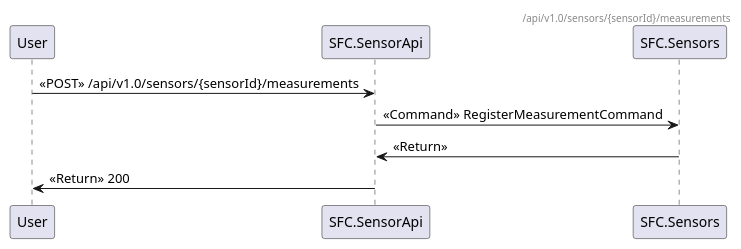
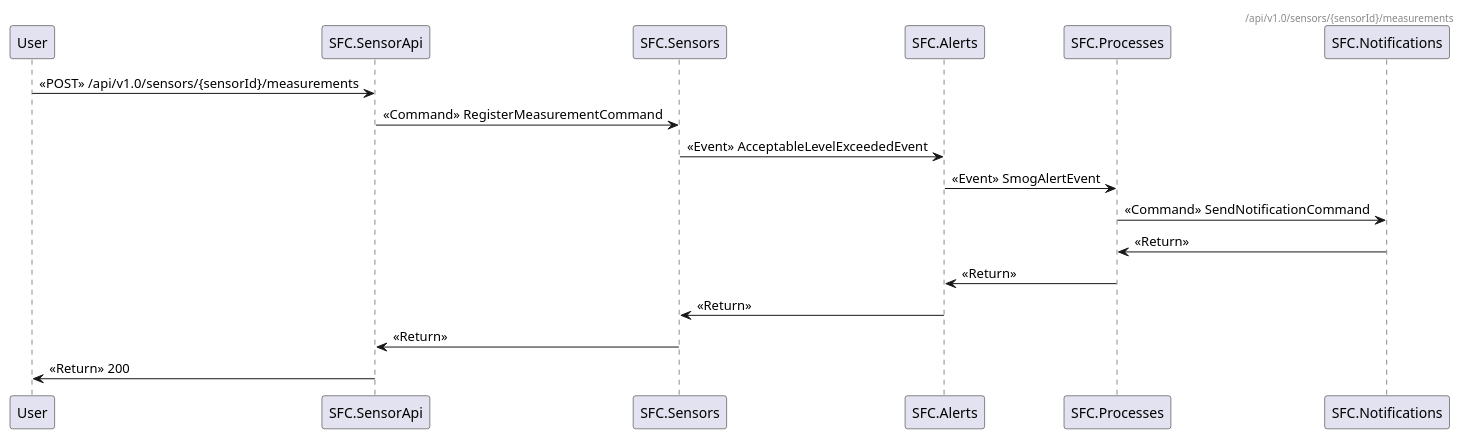
Before and after one commit to mr0zek/SmogFightClub: the diagram in docs/ArchitectureDocumentation/_api_v1.0_sensors_{sensorId}_measurements.puml, drawn with PlantUML. The commit also changed 11 other files, not shown here.

```diff
--- a/docs/ArchitectureDocumentation/_api_v1.0_sensors_{sensorId}_measurements.puml
+++ b/docs/ArchitectureDocumentation/_api_v1.0_sensors_{sensorId}_measurements.puml
@@ -1,7 +1,13 @@
 @startuml
 header /api/v1.0/sensors/{sensorId}/measurements
 User -> SFC.SensorApi : <<POST>> /api/v1.0/sensors/{sensorId}/measurements
 SFC.SensorApi -> SFC.Sensors : <<Command>> RegisterMeasurementCommand
+SFC.Sensors -> SFC.Alerts : <<Event>> AcceptableLevelExceededEvent
+SFC.Alerts -> SFC.Processes : <<Event>> SmogAlertEvent
+SFC.Processes -> SFC.Notifications : <<Command>> SendNotificationCommand
+SFC.Notifications -> SFC.Processes : <<Return>> 
+SFC.Processes -> SFC.Alerts : <<Return>> 
+SFC.Alerts -> SFC.Sensors : <<Return>> 
 SFC.Sensors -> SFC.SensorApi : <<Return>> 
 SFC.SensorApi -> User: <<Return>> 200
 @enduml
```
